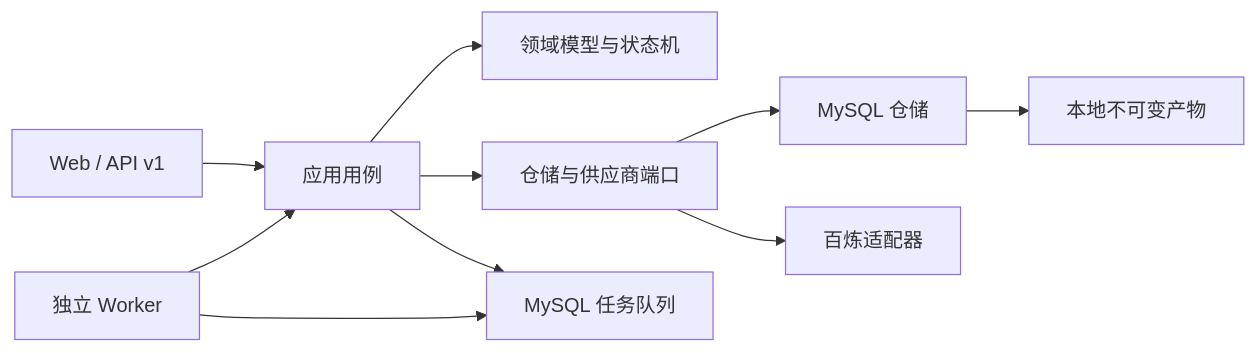
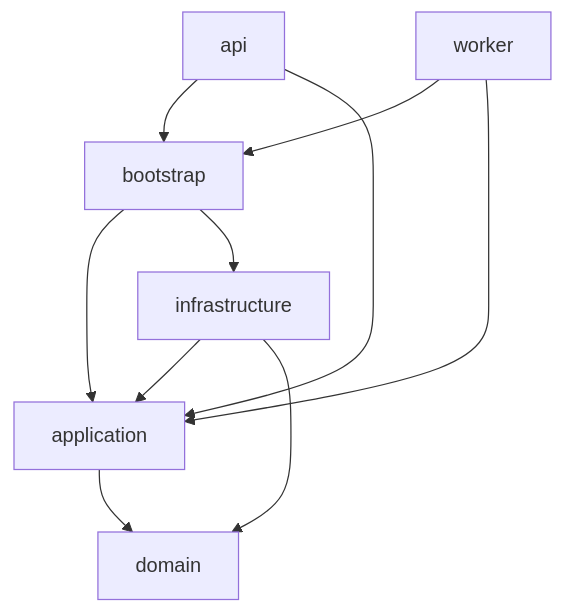
The second of 2 diagrams in docs/architecture/runtime-architecture.md (swfswf1234/Axiom-Flow), drawn with Mermaid before and after one commit. The commit also changed other lines of this file and 15 other files, not shown here.

Commit message:
docs: align architecture views and sync gates

````diff
--- a/docs/architecture/runtime-architecture.md
+++ b/docs/architecture/runtime-architecture.md
@@ -12,12 +47,19 @@
 ```mermaid
-flowchart LR
-    W[Web / API v1] --> A[应用用例]
-    A --> D[领域模型与状态机]
-    A --> P[仓储与供应商端口]
-    P --> M[MySQL 仓储]
-    P --> B[百炼适配器]
-    A --> J[MySQL 任务队列]
-    K[独立 Worker] --> J
-    K --> A
-    M --> F[本地不可变产物]
+flowchart TD
+    API_PKG[api]
+    WORKER_PKG[worker]
+    BOOTSTRAP[bootstrap]
+    APPLICATION[application]
+    INFRASTRUCTURE[infrastructure]
+    DOMAIN[domain]
+
+    API_PKG --> BOOTSTRAP
+    API_PKG --> APPLICATION
+    WORKER_PKG --> BOOTSTRAP
+    WORKER_PKG --> APPLICATION
+    BOOTSTRAP --> APPLICATION
+    BOOTSTRAP --> INFRASTRUCTURE
+    INFRASTRUCTURE --> APPLICATION
+    INFRASTRUCTURE --> DOMAIN
+    APPLICATION --> DOMAIN
 ```
````
